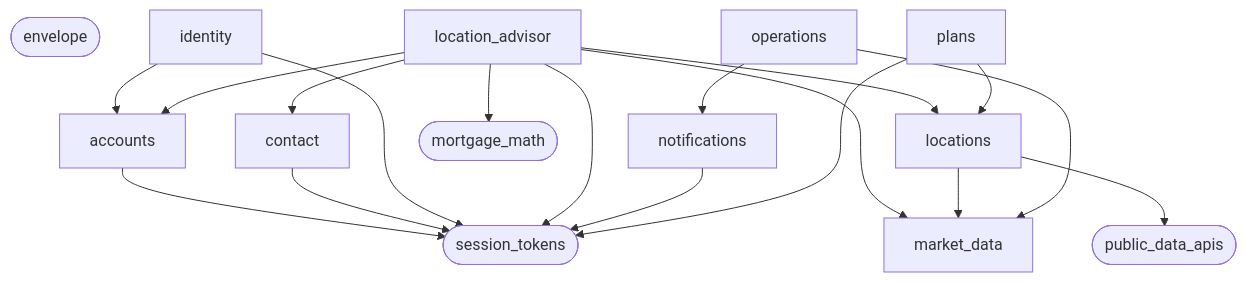
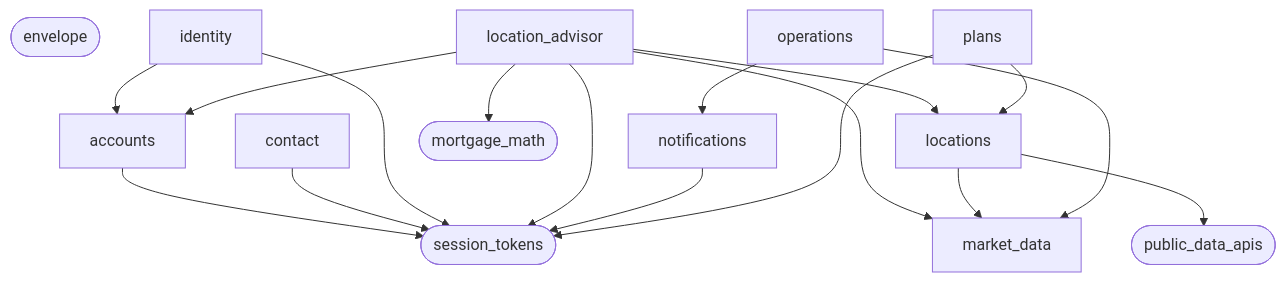
Before and after one commit to Lsimelus/lyndbergh-platform: the second of 2 diagrams in README.md, drawn with Mermaid. The commit also changed other lines of this file, not shown here.

````diff
--- a/README.md
+++ b/README.md
@@ -63,33 +63,32 @@
 ```mermaid
 flowchart TD
   accounts["accounts"]
   contact["contact"]
   envelope(["envelope"])
   identity["identity"]
   location_advisor["location_advisor"]
   locations["locations"]
   market_data["market_data"]
   mortgage_math(["mortgage_math"])
   notifications["notifications"]
   operations["operations"]
   plans["plans"]
   public_data_apis(["public_data_apis"])
   session_tokens(["session_tokens"])
   accounts --> session_tokens
   contact --> session_tokens
   identity --> session_tokens
   identity --> accounts
   location_advisor --> session_tokens
   location_advisor --> locations
   location_advisor --> accounts
   location_advisor --> mortgage_math
   location_advisor --> market_data
-  location_advisor --> contact
   locations --> market_data
   locations --> public_data_apis
   notifications --> session_tokens
   operations --> market_data
   operations --> notifications
   plans --> session_tokens
   plans --> locations
 ```
````
